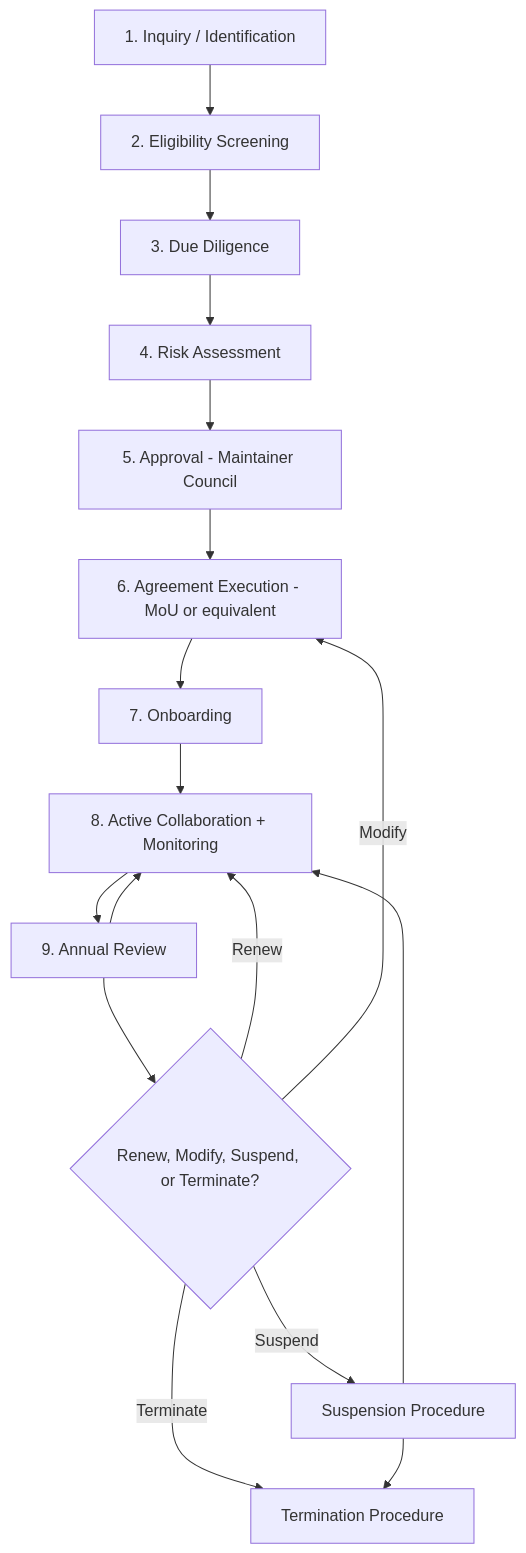
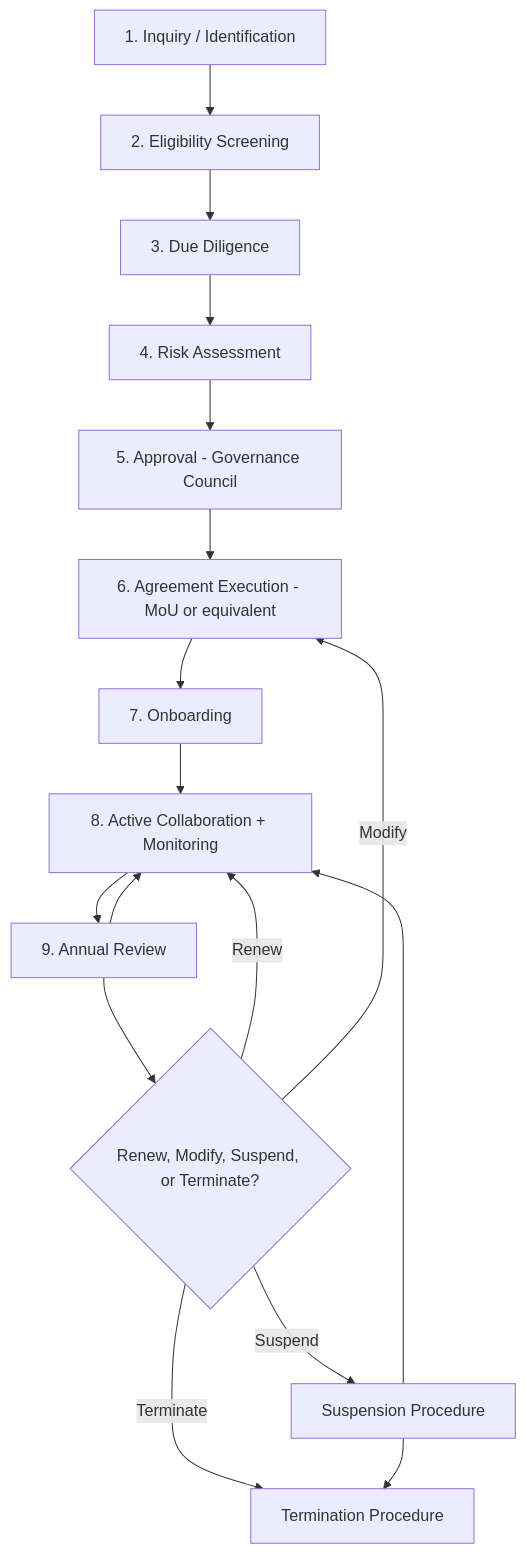
The third of 6 diagrams in PARTNERSHIPS.md (Celo-HaiTi/celoht-research), drawn with Mermaid before and after one commit. The commit also changed other lines of this file and 20 other files, not shown here.

````diff
--- a/PARTNERSHIPS.md
+++ b/PARTNERSHIPS.md
@@ -342,19 +342,19 @@
 ```mermaid
 flowchart TD
     A[1. Inquiry / Identification] --> B[2. Eligibility Screening]
     B --> C[3. Due Diligence]
     C --> D[4. Risk Assessment]
-    D --> E[5. Approval - Maintainer Council]
+    D --> E[5. Approval - Governance Council]
     E --> F[6. Agreement Execution - MoU or equivalent]
     F --> G[7. Onboarding]
     G --> H[8. Active Collaboration + Monitoring]
     H --> I[9. Annual Review]
     I --> H
     I --> J{Renew, Modify, Suspend, or Terminate?}
     J -- Renew --> H
     J -- Modify --> F
     J -- Suspend --> K[Suspension Procedure]
     J -- Terminate --> L[Termination Procedure]
     K --> H
     K --> L
 ```
````
